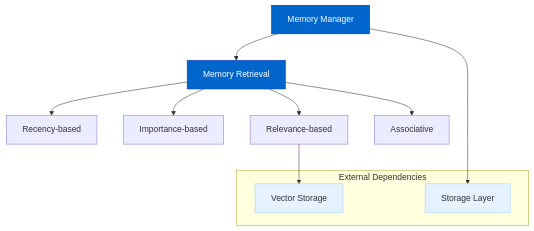
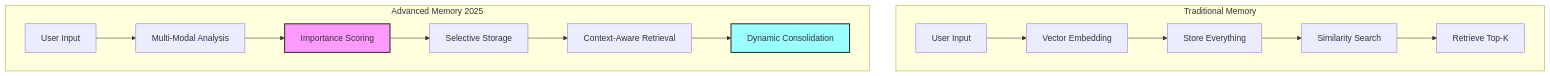
One commit to AgentDock/AgentDock changed the diagram in docs/roadmap/advanced-memory.md. Above: the diagram before and after it, drawn with Mermaid. The commit also changed other lines of this file and 3 other files, not shown here.

````diff
--- a/docs/roadmap/advanced-memory.md
+++ b/docs/roadmap/advanced-memory.md
@@ -48,22 +21,20 @@
 ```mermaid
 graph TD
-    A[Memory Manager] --> B[Memory Retrieval]
+    subgraph "Traditional Memory"
+        A1[User Input] --> B1[Vector Embedding]
+        B1 --> C1[Store Everything]
+        C1 --> D1[Similarity Search]
+        D1 --> E1[Retrieve Top-K]
+    end
     
-    B --> C[Recency-based]
-    B --> D[Importance-based]
-    B --> E[Relevance-based]
-    B --> F[Associative]
+    subgraph "Advanced Memory 2025"
+        A2[User Input] --> B2[Multi-Modal Analysis]
+        B2 --> C2[Importance Scoring]
+        C2 --> D2[Selective Storage]
+        D2 --> E2[Context-Aware Retrieval]
+        E2 --> F2[Dynamic Consolidation]
+    end
     
-    E --> G[Vector Storage]
-    A --> H[Storage Layer]
-    
-    style A fill:#0066cc,color:#ffffff,stroke:#0033cc
-    style B fill:#0066cc,color:#ffffff,stroke:#0033cc
-    style G fill:#e6f2ff,stroke:#99ccff
-    style H fill:#e6f2ff,stroke:#99ccff
-    
-    subgraph "External Dependencies"
-        G
-        H
-    end
+    style C2 fill:#f9f,stroke:#333,stroke-width:2px
+    style F2 fill:#9ff,stroke:#333,stroke-width:2px
 ```
````
